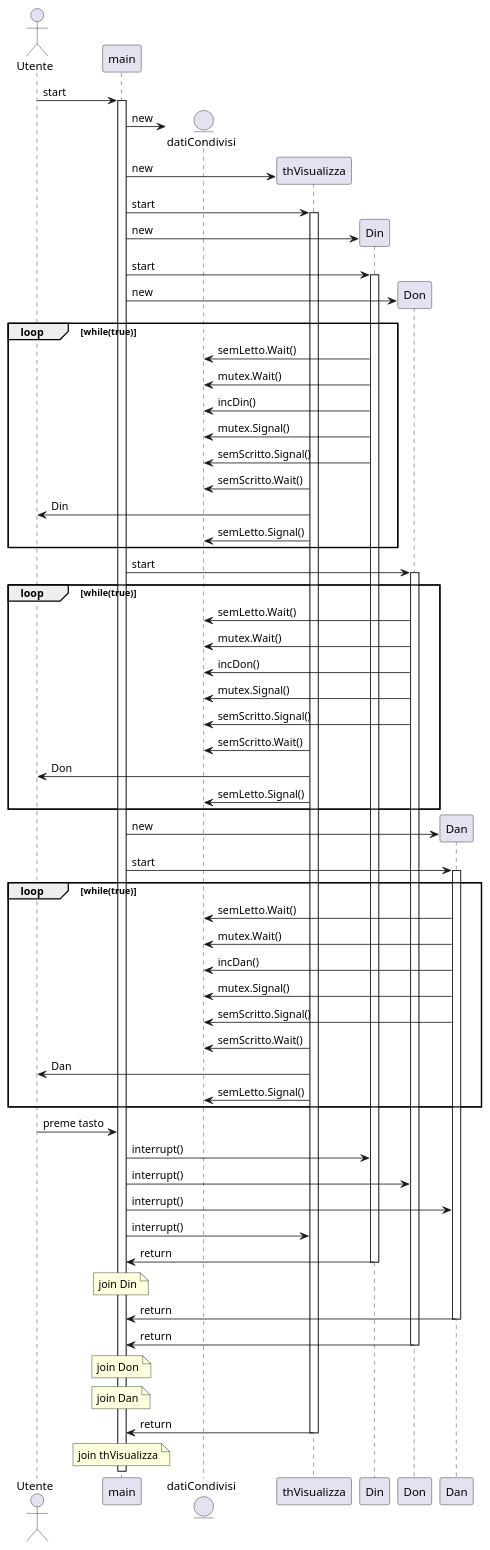
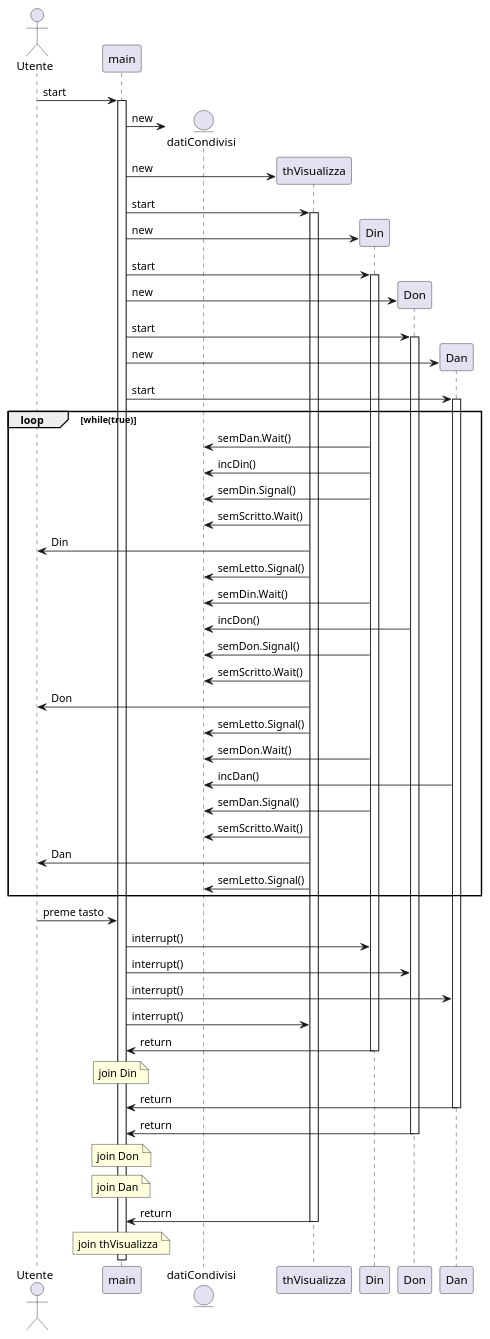
Before and after one commit to jack96489/ThreadExamples: the diagram in NB_DinDonDan/campane.puml, drawn with PlantUML. The commit also changed 1 other file, not shown here.

```diff
--- a/NB_DinDonDan/campane.puml
+++ b/NB_DinDonDan/campane.puml
@@ -1,72 +1,71 @@
 @startuml Campane
 actor Utente
 participant main
 entity datiCondivisi
 
 Utente -> main ++ : start
 
 main -> datiCondivisi ** : new
 main -> thVisualizza ** : new
 main -> thVisualizza ++ : start
 main -> Din ** : new
 main -> Din ++ : start
 main -> Don ** : new
+main -> Don ++ : start
+main -> Dan ** : new
+main -> Dan ++: start
 
 loop while(true)
-Din -> datiCondivisi: semLetto.Wait()
-Din -> datiCondivisi: mutex.Wait()
+'Din -> datiCondivisi: semLetto.Wait()
+'Din -> datiCondivisi: mutex.Wait()
+Din -> datiCondivisi: semDan.Wait()
 Din -> datiCondivisi: incDin()
-Din -> datiCondivisi: mutex.Signal()
-Din -> datiCondivisi: semScritto.Signal()
+Din -> datiCondivisi: semDin.Signal()
+'Din -> datiCondivisi: mutex.Signal()
+'Din -> datiCondivisi: semScritto.Signal()
 
 thVisualizza -> datiCondivisi: semScritto.Wait()
 thVisualizza -> Utente: Din
 thVisualizza -> datiCondivisi: semLetto.Signal()
-end
 
-main -> Don ++ : start
-loop while(true)
-Don -> datiCondivisi: semLetto.Wait()
-Don -> datiCondivisi: mutex.Wait()
+'Don -> datiCondivisi: semLetto.Wait()
+'Don -> datiCondivisi: mutex.Wait()
+Din -> datiCondivisi: semDin.Wait()
 Don -> datiCondivisi: incDon()
-Don -> datiCondivisi: mutex.Signal()
-Don -> datiCondivisi: semScritto.Signal()
+Din -> datiCondivisi: semDon.Signal()
+'Don -> datiCondivisi: mutex.Signal()
+'Don -> datiCondivisi: semScritto.Signal()
 
 thVisualizza -> datiCondivisi: semScritto.Wait()
 thVisualizza -> Utente: Don
 thVisualizza -> datiCondivisi: semLetto.Signal()
-end
 
-main -> Dan ** : new
-main -> Dan ++: start
-
-loop while(true)
-Dan -> datiCondivisi: semLetto.Wait()
-Dan -> datiCondivisi: mutex.Wait()
+'Dan -> datiCondivisi: semLetto.Wait()
+'Dan -> datiCondivisi: mutex.Wait()
+Din -> datiCondivisi: semDon.Wait()
 Dan -> datiCondivisi: incDan()
-Dan -> datiCondivisi: mutex.Signal()
-Dan -> datiCondivisi: semScritto.Signal()
+Din -> datiCondivisi: semDan.Signal()
+'Dan -> datiCondivisi: mutex.Signal()
+'Dan -> datiCondivisi: semScritto.Signal()
 
 thVisualizza -> datiCondivisi: semScritto.Wait()
 thVisualizza -> Utente: Dan
 thVisualizza -> datiCondivisi: semLetto.Signal()
 end
 
 Utente -> main: preme tasto
 main -> Din: interrupt()
 main -> Don: interrupt()
 main -> Dan: interrupt()
 main -> thVisualizza: interrupt()
 
 Din -> main --: return
 note over main : join Din
 Dan -> main --: return
 Don -> main --: return
 note over main : join Don
 note over main : join Dan
 
-
-
 thVisualizza -> main --: return
 note over main : join thVisualizza
 @enduml
```
